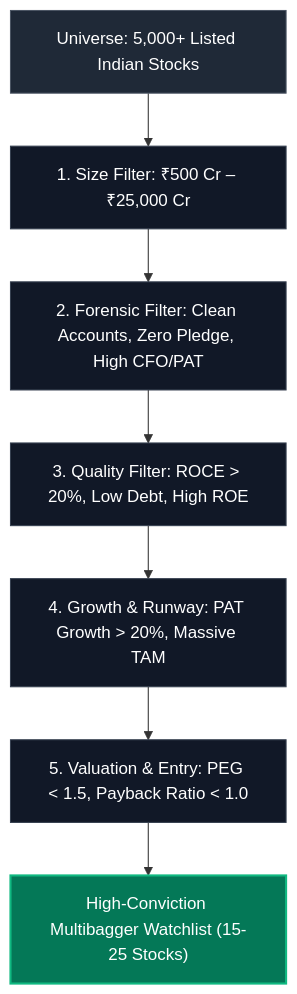
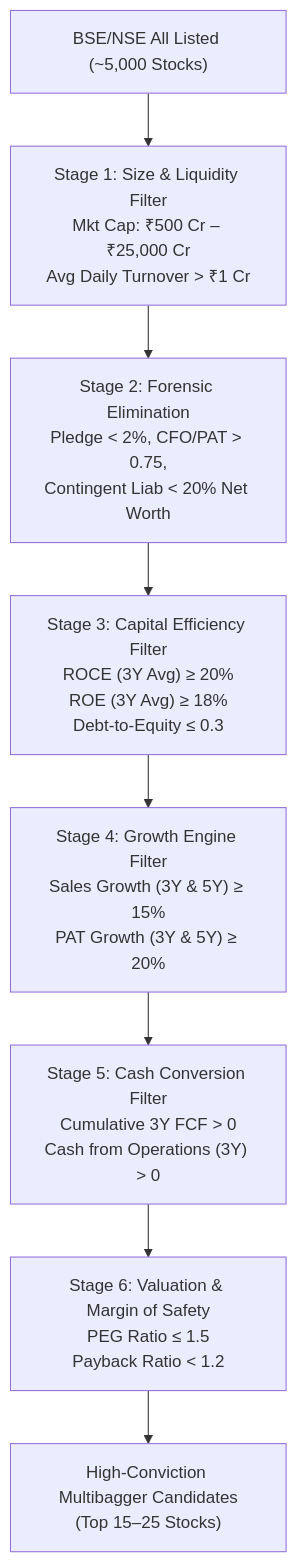
One commit to honba-labs/meta changed the eighth of 11 diagrams in quantopian/basics/multibagger.md. Above: the diagram before and after it, drawn with Mermaid. The commit also changed other lines of this file and 1 other file, not shown here.

Commit message:
docs(research): expand multibagger research framework and add Graham Intelligent Investor and Net-Net guide

````diff
--- a/quantopian/basics/multibagger.md
+++ b/quantopian/basics/multibagger.md
@@ -254,13 +280,10 @@
 ```mermaid
-graph TD
-    classDef start fill:#1f2937,stroke:#4b5563,stroke-width:1px,color:#fff;
-    classDef process fill:#111827,stroke:#374151,stroke-width:1px,color:#fff;
-    classDef accent fill:#047857,stroke:#10b981,stroke-width:2px,color:#fff;
-
-    Start["Universe: 5,000+ Listed Indian Stocks"]:::start --> SizeFilter["1. Size Filter: ₹500 Cr – ₹25,000 Cr"]:::process
-    SizeFilter --> ForensicFilter["2. Forensic Filter: Clean Accounts, Zero Pledge, High CFO/PAT"]:::process
-    ForensicFilter --> QualityFilter["3. Quality Filter: ROCE > 20%, Low Debt, High ROE"]:::process
-    QualityFilter --> GrowthFilter["4. Growth & Runway: PAT Growth > 20%, Massive TAM"]:::process
-    GrowthFilter --> ValuationFilter["5. Valuation & Entry: PEG < 1.5, Payback Ratio < 1.0"]:::process
-    ValuationFilter --> Multibagger["High-Conviction Multibagger Watchlist (15-25 Stocks)"]:::accent
+flowchart TD
+    Universe["BSE/NSE All Listed (~5,000 Stocks)"] --> S1["Stage 1: Size & Liquidity Filter<br/>Mkt Cap: ₹500 Cr – ₹25,000 Cr<br/>Avg Daily Turnover > ₹1 Cr"]
+    S1 --> S2["Stage 2: Forensic Elimination<br/>Pledge < 2%, CFO/PAT > 0.75,<br/>Contingent Liab < 20% Net Worth"]
+    S2 --> S3["Stage 3: Capital Efficiency Filter<br/>ROCE (3Y Avg) ≥ 20%<br/>ROE (3Y Avg) ≥ 18%<br/>Debt-to-Equity ≤ 0.3"]
+    S3 --> S4["Stage 4: Growth Engine Filter<br/>Sales Growth (3Y & 5Y) ≥ 15%<br/>PAT Growth (3Y & 5Y) ≥ 20%"]
+    S4 --> S5["Stage 5: Cash Conversion Filter<br/>Cumulative 3Y FCF > 0<br/>Cash from Operations (3Y) > 0"]
+    S5 --> S6["Stage 6: Valuation & Margin of Safety<br/>PEG Ratio ≤ 1.5<br/>Payback Ratio < 1.2"]
+    S6 --> Target["High-Conviction Multibagger Candidates<br/>(Top 15–25 Stocks)"]
 ```
````
